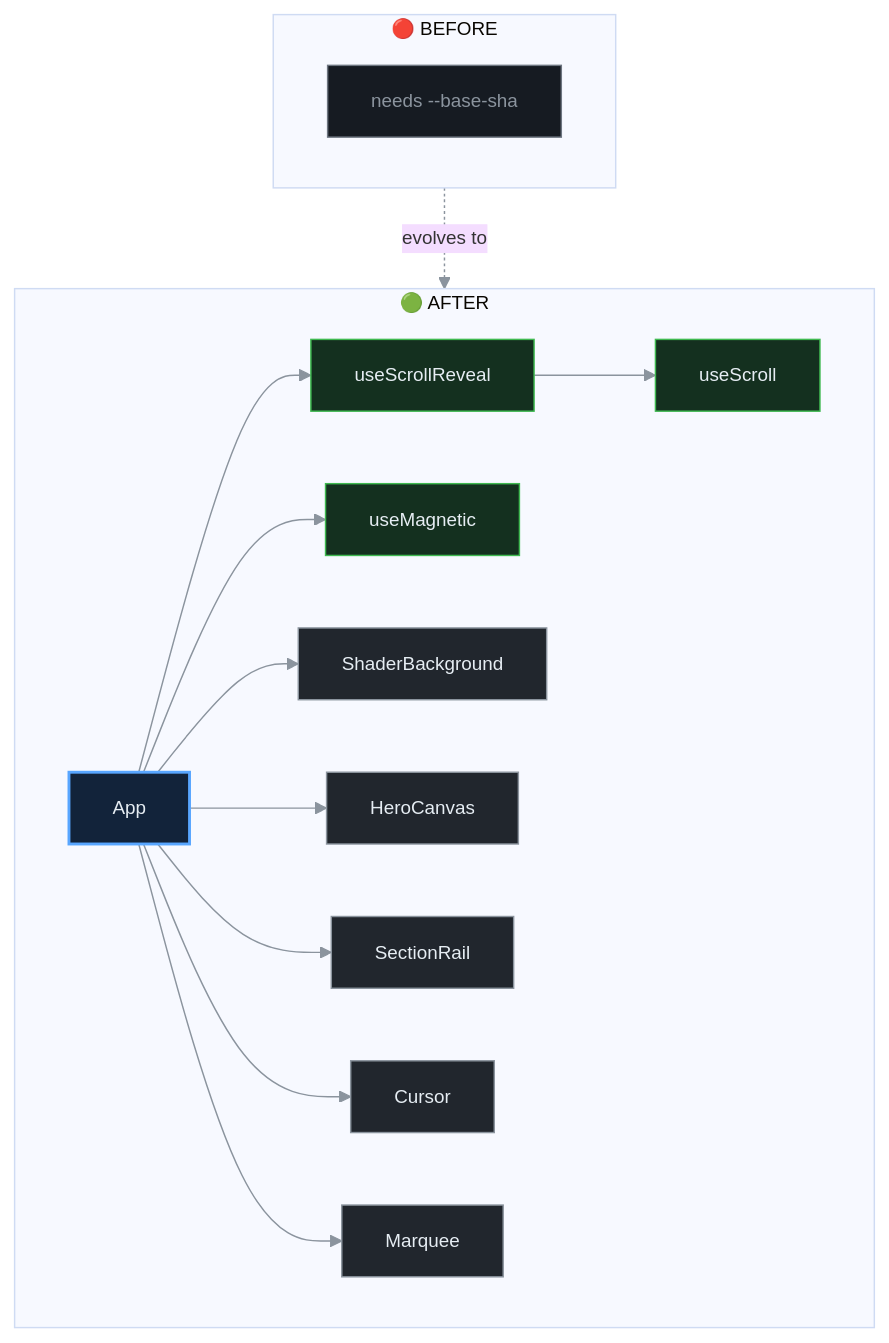
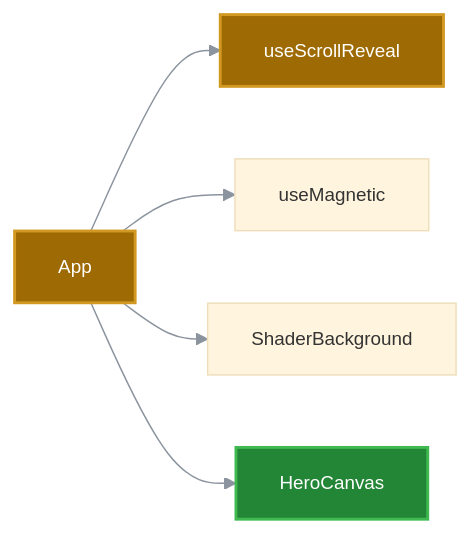
One commit to refactorlab/drift changed the fourth of 6 diagrams in drift-static-profiler/schema/improved-pr-comment.md. Above: the diagram before and after it, drawn with Mermaid. The commit also changed other lines of this file and 40 other files, not shown here.

````diff
--- a/drift-static-profiler/schema/improved-pr-comment.md
+++ b/drift-static-profiler/schema/improved-pr-comment.md
@@ -312,31 +332,14 @@
 ```mermaid
 %%{init: {'theme':'base','themeVariables':{'fontFamily':'ui-monospace, SFMono-Regular, monospace','fontSize':'13px','lineColor':'#8b949e'}}}%%
-flowchart TB
-    subgraph BEFORE["🔴 BEFORE"]
-        direction LR
-        before_note["needs --base-sha"]
-    end
-    subgraph AFTER["🟢 AFTER"]
-        direction LR
-        a_n0["App"]
-        a_n1["useScrollReveal"]
-        a_n2["useMagnetic"]
-        a_n16["ShaderBackground"]
-        a_n17["HeroCanvas"]
-        a_n18["SectionRail"]
-        a_n19["Cursor"]
-        a_n20["Marquee"]
-        a_n21["useScroll"]
-    end
-    a_n0 --> a_n1 & a_n2 & a_n16 & a_n17 & a_n18 & a_n19 & a_n20
-    a_n1 --> a_n21
-    before_note -.->|evolves to| a_n0
-    classDef entry fill:#12233a,stroke:#58a6ff,color:#e6edf3,stroke-width:2px
-    classDef hook fill:#14301f,stroke:#3fb950,color:#e6edf3
-    classDef comp fill:#21262d,stroke:#8b949e,color:#e6edf3
-    classDef muted fill:#161b22,stroke:#6e7681,color:#8b949e
-    class a_n0 entry
-    class a_n1,a_n2,a_n21 hook
-    class a_n16,a_n17,a_n18,a_n19,a_n20 comp
-    class before_note muted
+flowchart LR
+    n0["App"]
+    n1["useScrollReveal"]
+    n2["useMagnetic"]
+    n3["ShaderBackground"]
+    n4["HeroCanvas"]
+    n0 --> n1 & n2 & n3 & n4
+    classDef changed fill:#9e6a03,stroke:#d29922,color:#fff,stroke-width:2px
+    classDef added fill:#238636,stroke:#3fb950,color:#fff,stroke-width:2px
+    class n0,n1 changed
+    class n4 added
 ```
````
